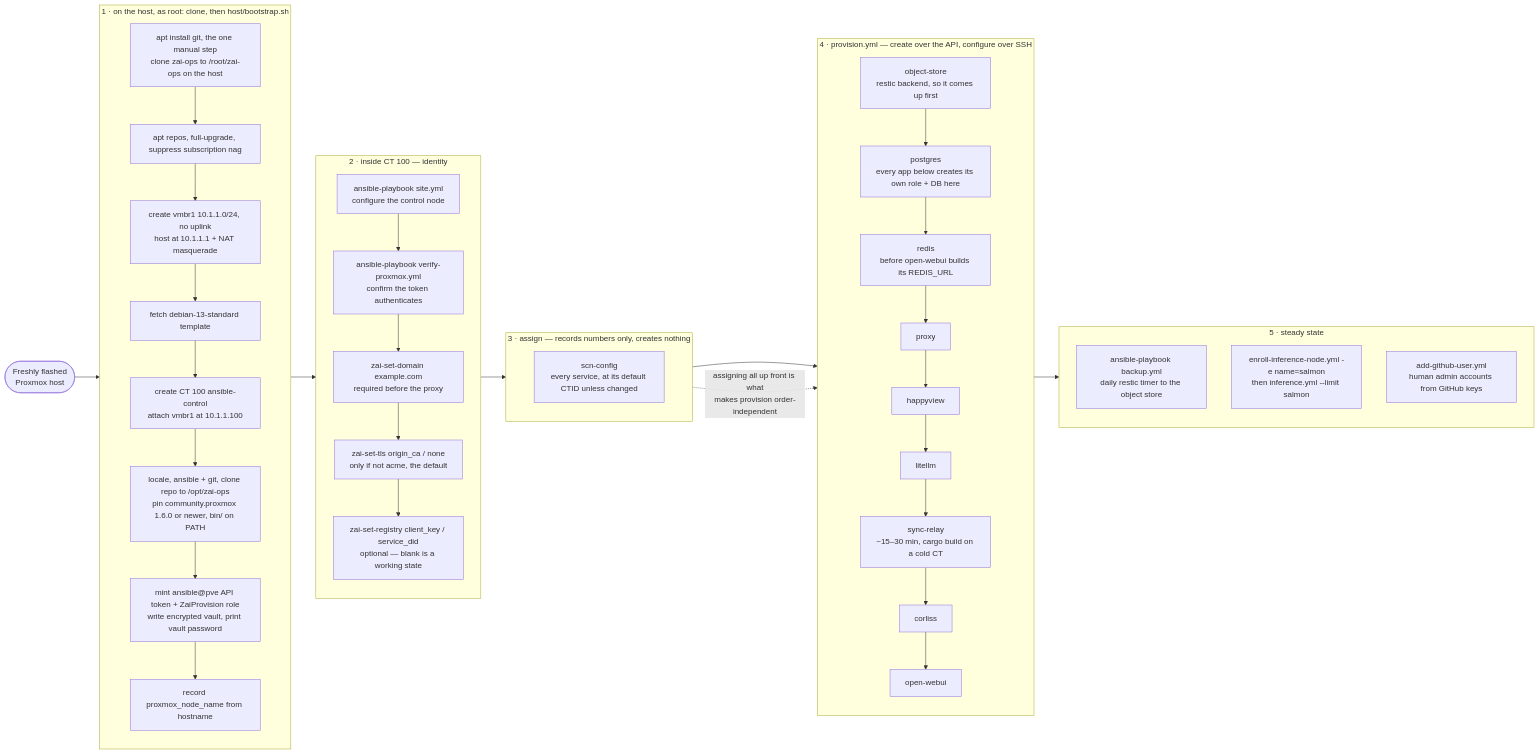
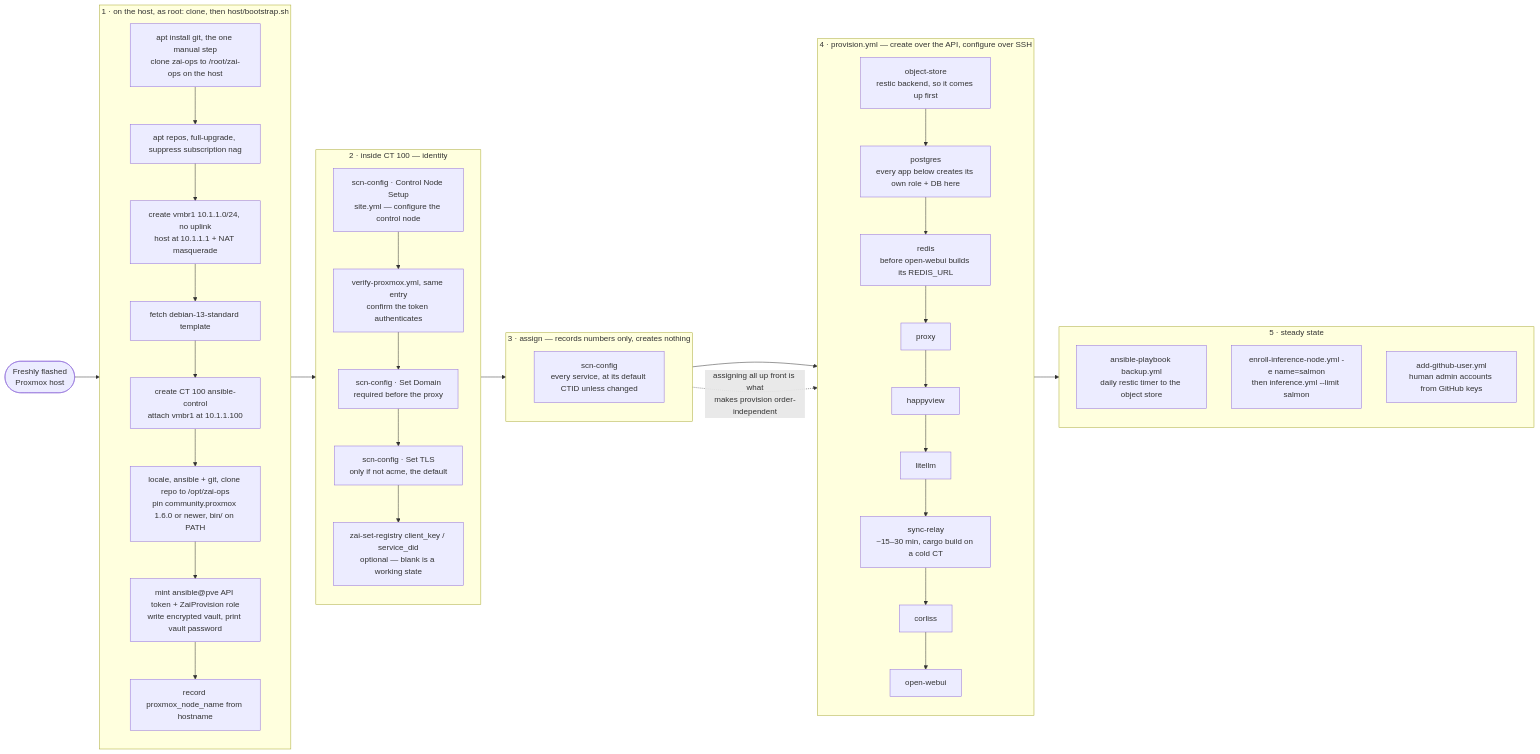
The second of 4 diagrams in docs/diagrams.md (Z-Space-Society/zai-ops), drawn with Mermaid before and after one commit. The commit also changed 19 other files, not shown here.

First line of the commit message:
feat(scn-config): control node setup, domain and TLS lead the menu

````diff
--- a/docs/diagrams.md
+++ b/docs/diagrams.md
@@ -122,58 +122,58 @@
 ```mermaid
 flowchart LR
     start(["Freshly flashed<br/>Proxmox host"])
 
     subgraph phase1["1 · on the host, as root: clone, then host/bootstrap.sh"]
         direction TB
         b0["apt install git, the one manual step<br/>clone zai-ops to /root/zai-ops on the host"]
         b1["apt repos, full-upgrade, suppress subscription nag"]
         b0 --> b1
         b2["create vmbr1 10.1.1.0/24, no uplink<br/>host at 10.1.1.1 + NAT masquerade"]
         b3["fetch debian-13-standard template"]
         b4["create CT 100 ansible-control<br/>attach vmbr1 at 10.1.1.100"]
         b5["locale, ansible + git, clone repo to /opt/zai-ops<br/>pin community.proxmox 1.6.0 or newer, bin/ on PATH"]
         b6["mint ansible@pve API token + ZaiProvision role<br/>write encrypted vault, print vault password"]
         b7["record proxmox_node_name from hostname"]
         b1 --> b2 --> b3 --> b4 --> b5 --> b6 --> b7
     end
 
     subgraph phase2["2 · inside CT 100 — identity"]
         direction TB
-        c1["ansible-playbook site.yml<br/>configure the control node"]
-        c2["ansible-playbook verify-proxmox.yml<br/>confirm the token authenticates"]
-        c3["zai-set-domain example.com<br/>required before the proxy"]
-        ct["zai-set-tls origin_ca / none<br/>only if not acme, the default"]
+        c1["scn-config · Control Node Setup<br/>site.yml — configure the control node"]
+        c2["verify-proxmox.yml, same entry<br/>confirm the token authenticates"]
+        c3["scn-config · Set Domain<br/>required before the proxy"]
+        ct["scn-config · Set TLS<br/>only if not acme, the default"]
         c4["zai-set-registry client_key / service_did<br/>optional — blank is a working state"]
         c1 --> c2 --> c3 --> ct --> c4
     end
 
     subgraph phase3["3 · assign — records numbers only, creates nothing"]
         direction TB
         a1["scn-config<br/>every service, at its default CTID unless changed"]
     end
 
     subgraph phase4["4 · provision.yml — create over the API, configure over SSH"]
         direction TB
         p1["object-store<br/>restic backend, so it comes up first"]
         p2["postgres<br/>every app below creates its own role + DB here"]
         p3["redis<br/>before open-webui builds its REDIS_URL"]
         p4["proxy"]
         p5["happyview"]
         p6["litellm"]
         p7["sync-relay<br/>~15–30 min, cargo build on a cold CT"]
         p8["corliss"]
         p9["open-webui"]
         p1 --> p2 --> p3 --> p4 --> p5 --> p6 --> p7 --> p8 --> p9
     end
 
     subgraph phase5["5 · steady state"]
         direction TB
         s1["ansible-playbook backup.yml<br/>daily restic timer to the object store"]
         s2["enroll-inference-node.yml -e name=salmon<br/>then inference.yml --limit salmon"]
         s3["add-github-user.yml<br/>human admin accounts from GitHub keys"]
     end
 
     start --> phase1 --> phase2 --> phase3 --> phase4 --> phase5
 
     a1 -.->|"assigning all up front is what<br/>makes provision order-independent"| phase4
 ```
````
